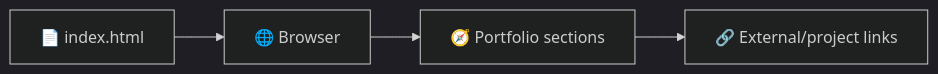
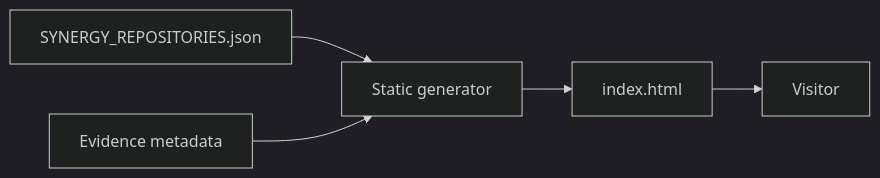
One commit to Shtenco/shtenco.github.io changed the second of 2 diagrams in README.md. Above: the diagram before and after it, drawn with Mermaid (dark theme). The commit also changed other lines of this file, not shown here.

Commit message:
docs: rebuild portfolio README as verified presentation dossier

````diff
--- a/README.md
+++ b/README.md
@@ -58,6 +277,7 @@
 ```mermaid
 flowchart LR
-    SRC[📄 index.html] --> BROWSER[🌐 Browser]
-    BROWSER --> SECTIONS[🧭 Portfolio sections]
-    SECTIONS --> LINKS[🔗 External/project links]
+    REG[SYNERGY_REPOSITORIES.json] --> GEN[Static generator]
+    EV[Evidence metadata] --> GEN
+    GEN --> HTML[index.html]
+    HTML --> USER[Visitor]
 ```
````
